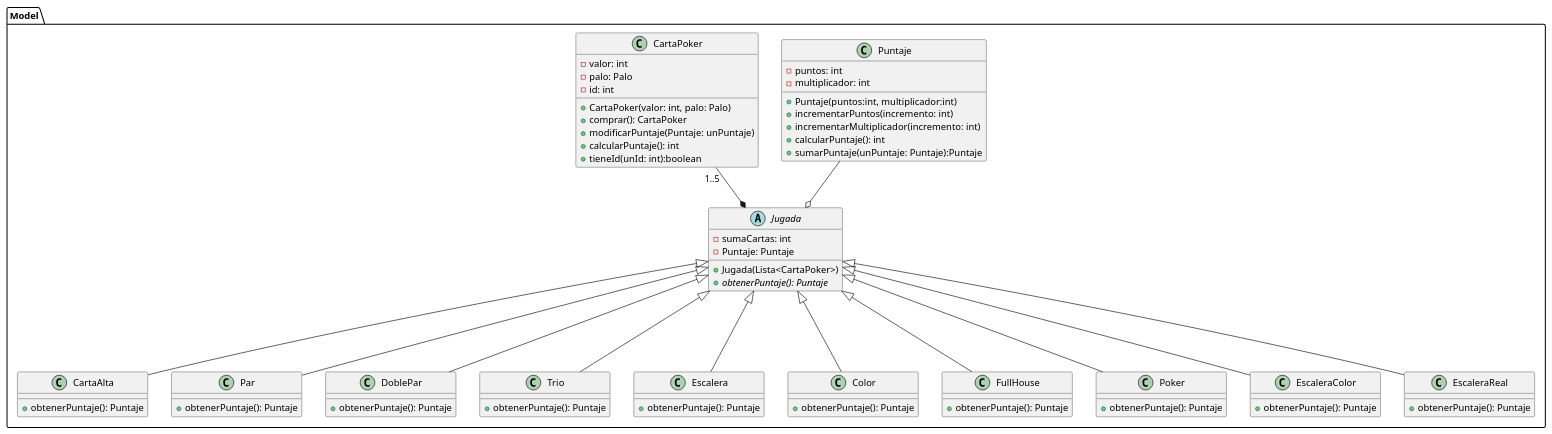
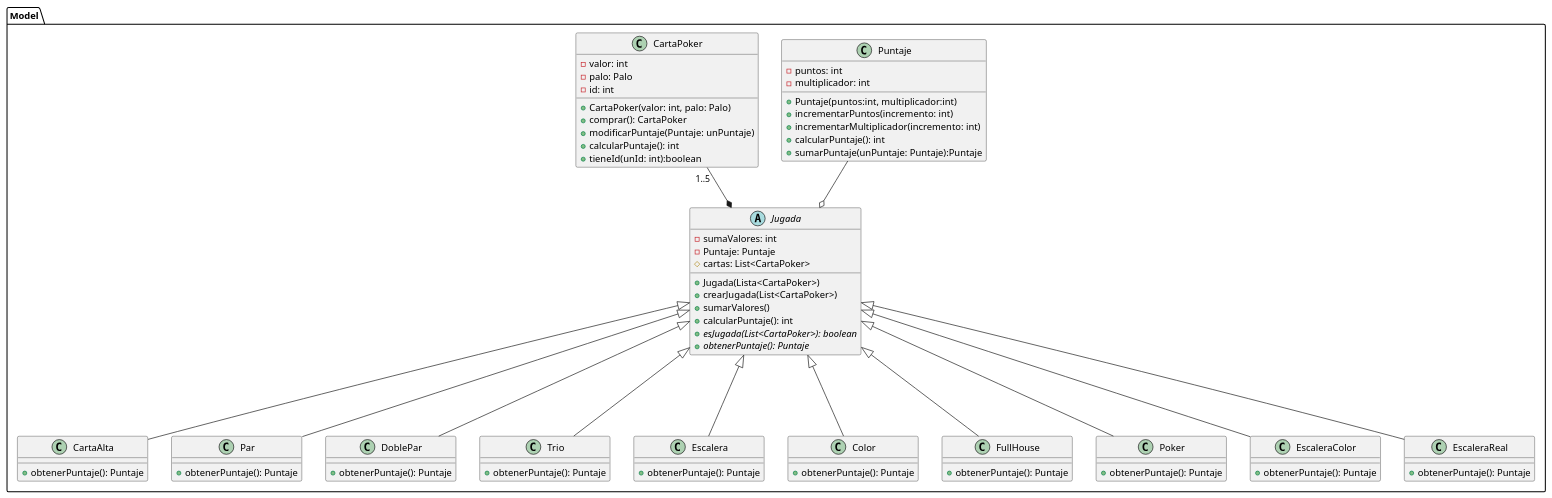
One commit to carruizdiaz1109/UBAlatro changed the diagram in diagrams/classes/clasesBalatro4.puml. Above: the diagram before and after it, drawn with PlantUML. The commit also changed 3 other files, not shown here.

Commit message:
actualizacion diagrama de clases

```diff
--- a/diagrams/classes/clasesBalatro4.puml
+++ b/diagrams/classes/clasesBalatro4.puml
@@ -1,87 +1,92 @@
 @startuml
 package Model {
 
    class Puntaje {
        - puntos: int
        - multiplicador: int
        + Puntaje(puntos:int, multiplicador:int)
        + incrementarPuntos(incremento: int)
        + incrementarMultiplicador(incremento: int)
        + calcularPuntaje(): int
        + sumarPuntaje(unPuntaje: Puntaje):Puntaje
    }
 
-   class CartaPoker {
-       - valor: int
-       - palo: Palo
-       - id: int
-       + CartaPoker(valor: int, palo: Palo)
-       + comprar(): CartaPoker
-       + modificarPuntaje(Puntaje: unPuntaje)
-       + calcularPuntaje(): int
-       + tieneId(unId: int):boolean
-   }
+    class CartaPoker {
+        - valor: int
+        - palo: Palo
+        - id: int
+        + CartaPoker(valor: int, palo: Palo)
+        + comprar(): CartaPoker
+        + modificarPuntaje(Puntaje: unPuntaje)
+        + calcularPuntaje(): int
+        + tieneId(unId: int):boolean
+    }
 
     abstract class Jugada {
-        - sumaCartas: int
+        - sumaValores: int
         - Puntaje: Puntaje
+        # cartas: List<CartaPoker>
         + Jugada(Lista<CartaPoker>)
-        + {abstract} obtenerPuntaje(): Puntaje
+        + crearJugada(List<CartaPoker>)
+        + sumarValores()
+        + calcularPuntaje(): int
+        + {abstract}esJugada(List<CartaPoker>): boolean
+        + {abstract}obtenerPuntaje(): Puntaje
     }
 
     class CartaAlta {
         + obtenerPuntaje(): Puntaje
     }
 
     class Par {
     + obtenerPuntaje(): Puntaje
     }
 
     class DoblePar {
     + obtenerPuntaje(): Puntaje
     }
 
     class Trio {
     + obtenerPuntaje(): Puntaje
     }
 
     class Escalera {
     + obtenerPuntaje(): Puntaje
     }
 
     class Color {
     + obtenerPuntaje(): Puntaje
     }
 
     class FullHouse {
     + obtenerPuntaje(): Puntaje
     }
 
     class Poker {
     + obtenerPuntaje(): Puntaje
     }
 
     class EscaleraColor {
     + obtenerPuntaje(): Puntaje
     }
 
     class EscaleraReal {
     + obtenerPuntaje(): Puntaje
     }
 
     Jugada *-up- "1..5"CartaPoker
     Jugada o-up- Puntaje
 
     CartaAlta -up--|> Jugada
     Par -up--|> Jugada
     DoblePar -up--|> Jugada
     Trio -up--|> Jugada
     Escalera -up--|> Jugada
     Color -up--|> Jugada
     FullHouse -up--|> Jugada
     Poker -up--|> Jugada
     EscaleraColor -up--|> Jugada
     EscaleraReal -up--|> Jugada
 
 }
 @enduml
```
